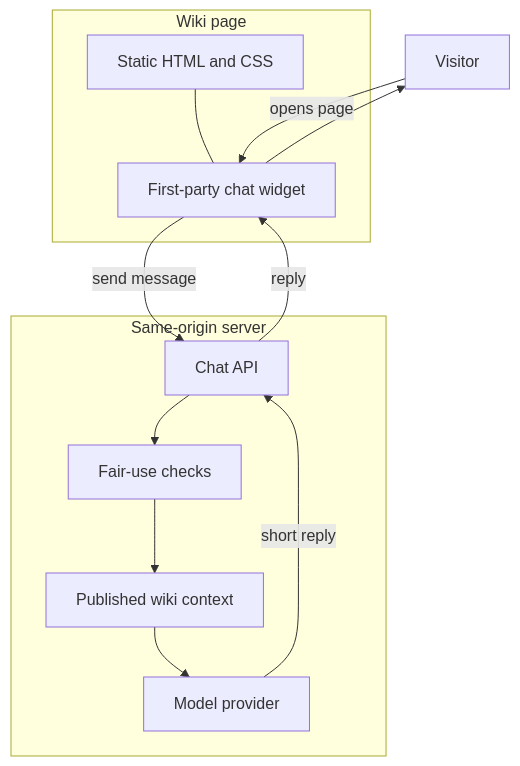
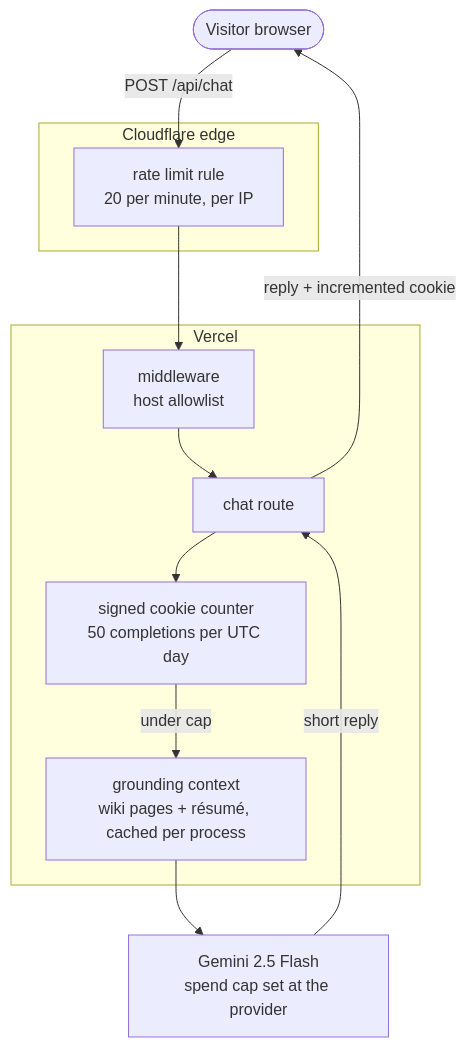
Before and after one commit to AnushSonone/anush-wiki: the first of 2 diagrams in README.md, drawn with Mermaid. The commit also changed other lines of this file and 9 other files, not shown here.

````diff
--- a/README.md
+++ b/README.md
@@ -7,24 +9,26 @@
 ```mermaid
 flowchart TB
-    V[Visitor]
+    V([Visitor browser])
 
-    subgraph PAGE[Wiki page]
-        HTML[Static HTML and CSS]
-        W[First-party chat widget]
-        HTML --- W
+    subgraph CF[Cloudflare edge]
+        RL[rate limit rule<br/>20 per minute, per IP]
     end
 
-    subgraph SERVER[Same-origin server]
-        API[Chat API]
-        LIMITS[Fair-use checks]
-        GROUND[Published wiki context]
-        MODEL[Model provider]
+    subgraph VC[Vercel]
+        MW[middleware<br/>host allowlist]
+        API[chat route]
+        Q[signed cookie counter<br/>50 completions per UTC day]
+        CTX[grounding context<br/>wiki pages + résumé, cached per process]
     end
 
-    V -->|opens page| W
-    W -->|send message| API
-    API --> LIMITS --> GROUND --> MODEL
-    MODEL -->|short reply| API
-    API -->|reply| W
-    W --> V
+    M[Gemini 2.5 Flash<br/>spend cap set at the provider]
+
+    V -->|POST /api/chat| RL
+    RL --> MW
+    MW --> API
+    API --> Q
+    Q -->|under cap| CTX
+    CTX --> M
+    M -->|short reply| API
+    API -->|reply + incremented cookie| V
 ```
````
